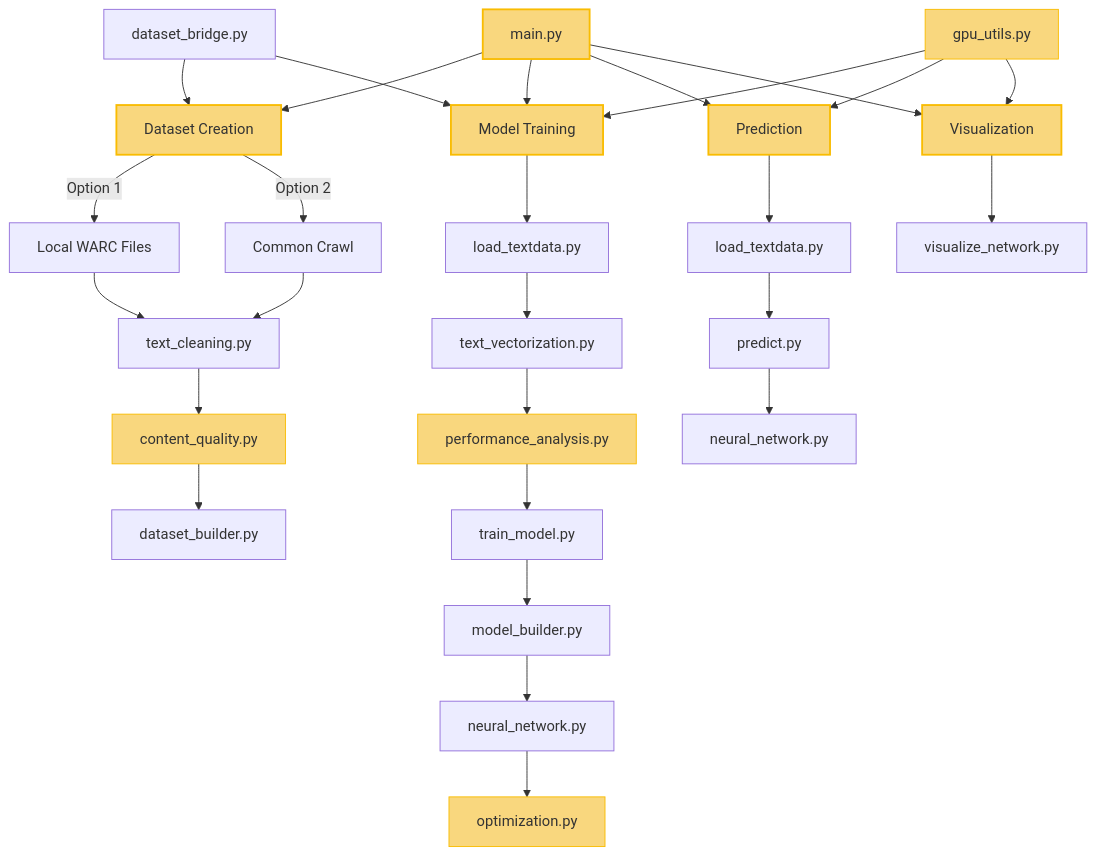
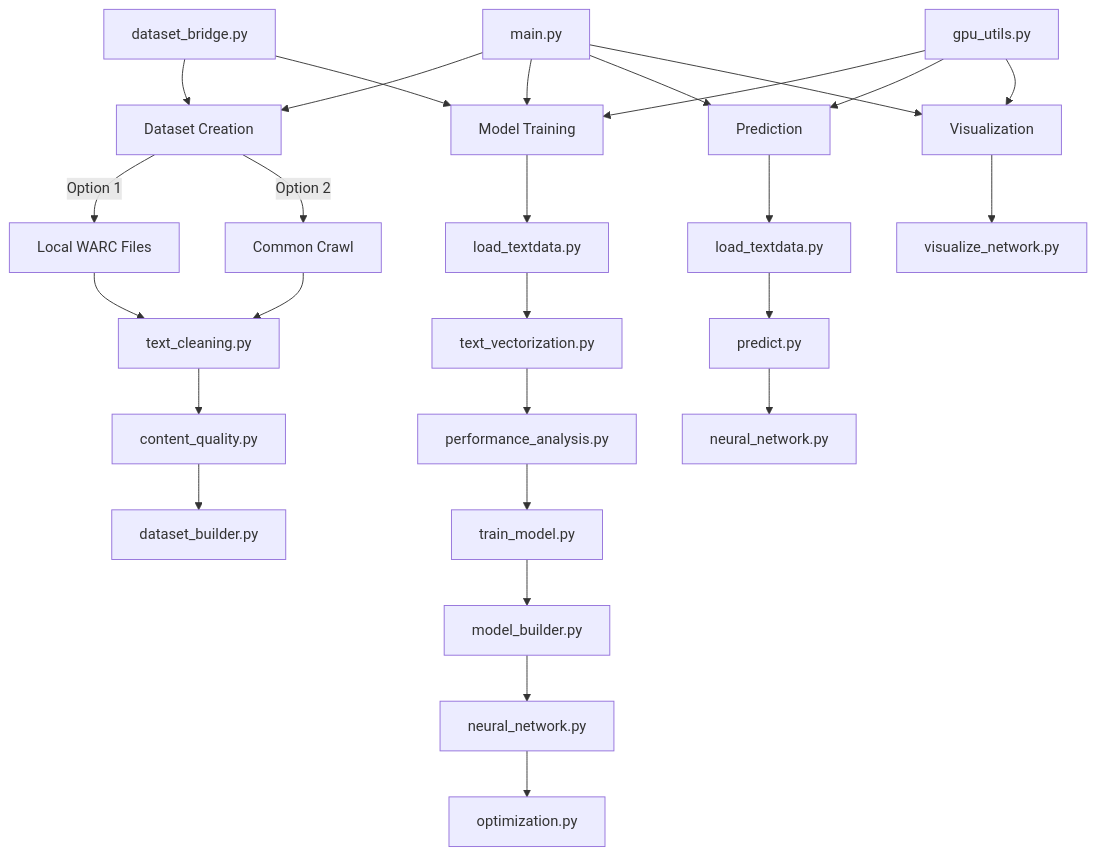
One commit to Ethan-LWT/NLP_project changed the diagram in README.md. Above: the diagram before and after it, drawn with Mermaid.

Commit message:
Update the font style

````diff
--- a/README.md
+++ b/README.md
@@ -388,53 +388,43 @@
 ```mermaid
 graph TD
     %% Main Entry Points
     A[main.py] --> B1[Dataset Creation]
     A --> B2[Model Training]
     A --> B3[Prediction]
     A --> B4[Visualization]
     
     %% Dataset Creation Path
     B1 --> |Option 1| C1[Local WARC Files]
     B1 --> |Option 2| C2[Common Crawl]
     C1 --> D1[text_cleaning.py]
     C2 --> D1
     D1 --> E1[content_quality.py]
     E1 --> F1[dataset_builder.py]
     
     %% Model Training Path
     B2 --> C3[load_textdata.py]
     C3 --> D2[text_vectorization.py]
     D2 --> E2[performance_analysis.py]
     E2 --> F2[train_model.py]
     F2 --> G1[model_builder.py]
     G1 --> H1[neural_network.py]
     H1 --> I1[optimization.py]
     
     %% Prediction Path
     B3 --> C4[load_textdata.py]
     C4 --> D3[predict.py]
     D3 --> E3[neural_network.py]
     
     %% Visualization Path
     B4 --> C5[visualize_network.py]
     
     %% GPU Utilities
     J[gpu_utils.py] --> B2
     J --> B3
     J --> B4
     
     %% Dataset Bridge
     K[dataset_bridge.py] --> B1
     K --> B2
     
-    %% Feature Highlights
-    style A fill:#f9d77e,stroke:#f9bc02,stroke-width:2px
-    style B1 fill:#f9d77e,stroke:#f9bc02,stroke-width:2px
-    style B2 fill:#f9d77e,stroke:#f9bc02,stroke-width:2px
-    style B3 fill:#f9d77e,stroke:#f9bc02,stroke-width:2px
-    style B4 fill:#f9d77e,stroke:#f9bc02,stroke-width:2px
-    style E1 fill:#f9d77e,stroke:#f9bc02,stroke-width:1px
-    style E2 fill:#f9d77e,stroke:#f9bc02,stroke-width:1px
-    style I1 fill:#f9d77e,stroke:#f9bc02,stroke-width:1px
-    style J fill:#f9d77e,stroke:#f9bc02,stroke-width:1px
 ```
````
